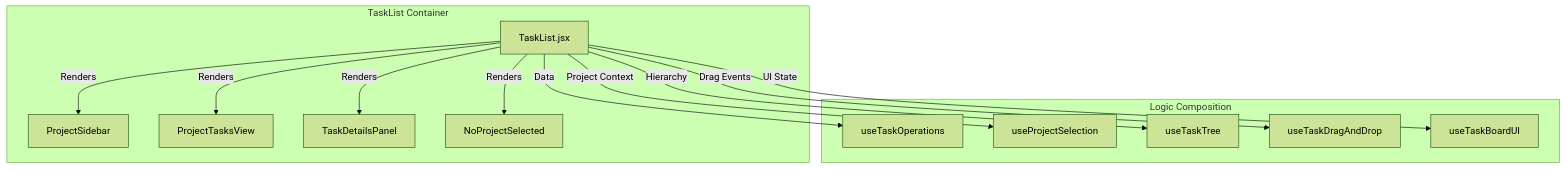
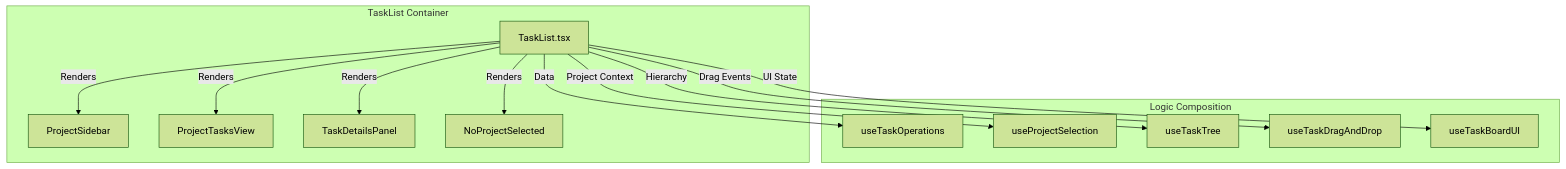
One commit to JoelA510/PlanterPlan-Alpha changed the seventh of 7 diagrams in .ai-ignore/docs/FULL_ARCHITECTURE.md. Above: the diagram before and after it, drawn with Mermaid (forest theme). The commit also changed other lines of this file and 25 other files, not shown here.

Commit message:
docs: Update architecture, context, and prompts for Wave 16 build stabilization

````diff
--- a/.ai-ignore/docs/FULL_ARCHITECTURE.md
+++ b/.ai-ignore/docs/FULL_ARCHITECTURE.md
@@ -971,29 +972,29 @@
 ```mermaid
 graph TD
     subgraph Container [TaskList Container]
-        List[TaskList.jsx]
+        List[TaskList.tsx]
         Sidebar[ProjectSidebar]
         MainView[ProjectTasksView]
         Details[TaskDetailsPanel]
         Empty[NoProjectSelected]
     end
 
     subgraph Composition [Logic Composition]
         UTO[useTaskOperations]
         UPS[useProjectSelection]
         UTT[useTaskTree]
         UDND[useTaskDragAndDrop]
         UBUI[useTaskBoardUI]
     end
 
     List -->|Data| UTO
     List -->|Project Context| UPS
     List -->|Hierarchy| UTT
     List -->|Drag Events| UDND
     List -->|UI State| UBUI
 
     List -->|Renders| Sidebar
     List -->|Renders| MainView
     List -->|Renders| Details
     List -->|Renders| Empty
 ```
````
